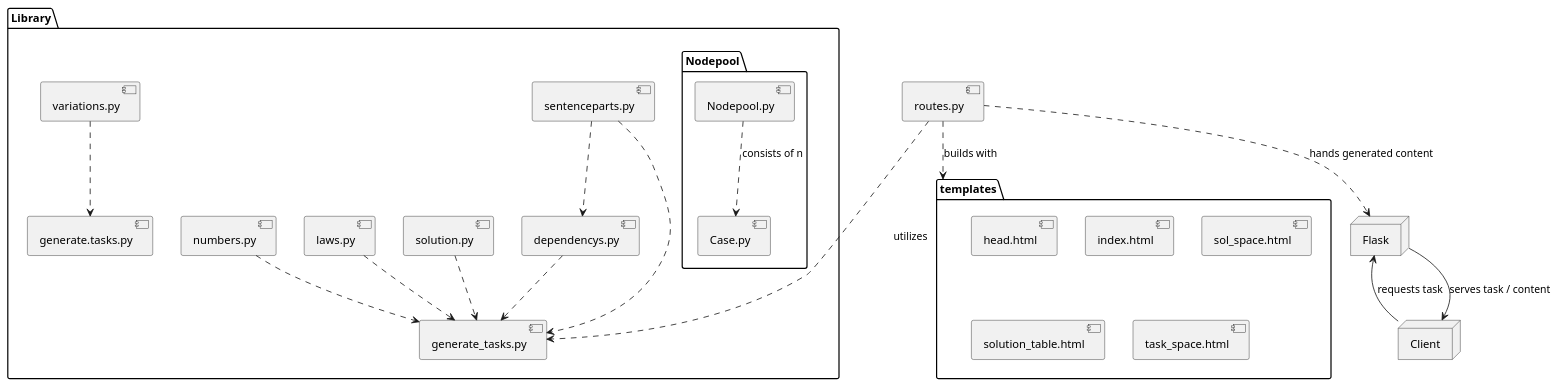
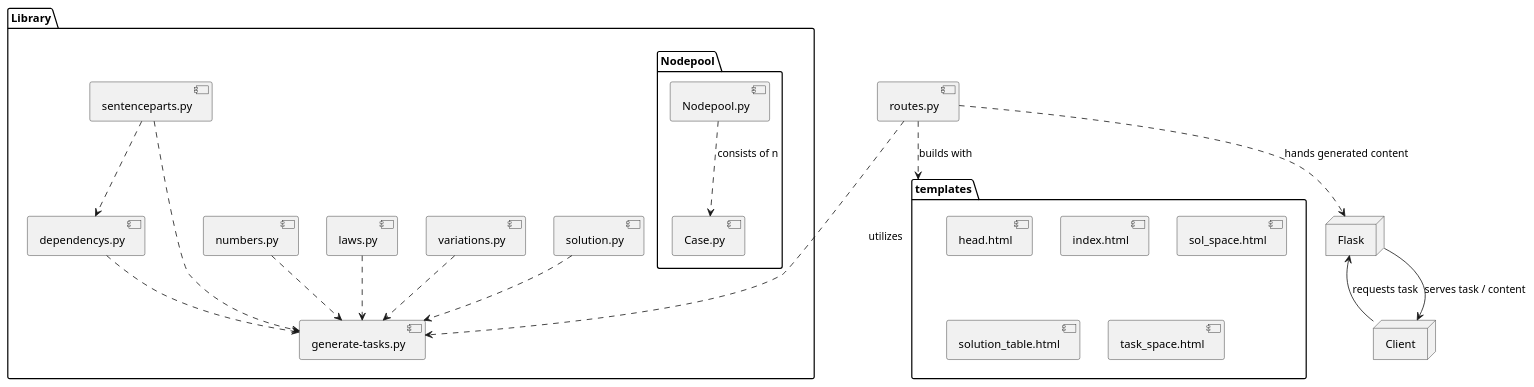
The diagram in bericht/7-Woche/components.puml (EdLaser/aladin-rdk), drawn with PlantUML before and after one commit. The commit also changed 1 other file, not shown here.

```diff
--- a/bericht/7-Woche/components.puml
+++ b/bericht/7-Woche/components.puml
@@ -1,39 +1,39 @@
 @startuml Components
 package "Library" {
   package "Nodepool" {
     [Nodepool.py] ..> [Case.py] : consists of n
   }
 
-  [dependencys.py] ..> [generate_tasks.py]
-  [laws.py] ..> [generate_tasks.py]
-  [numbers.py] ..> [generate_tasks.py]
-  [sentenceparts.py] ..> [generate_tasks.py]
+  [dependencys.py] ..> [generate-tasks.py]
+  [laws.py] ..> [generate-tasks.py]
+  [numbers.py] ..> [generate-tasks.py]
+  [sentenceparts.py] ..> [generate-tasks.py]
   [sentenceparts.py] ..> [dependencys.py]
-  [solution.py] ..> [generate_tasks.py]
-  [variations.py] ..> [generate.tasks.py]
+  [solution.py] ..> [generate-tasks.py]
+  [variations.py] ..> [generate-tasks.py]
 }
 
 package "templates" {
   [head.html]
   [index.html]
   [sol_space.html]
   [solution_table.html]
   [task_space.html]
 }
 
-[routes.py] ..> [generate_tasks.py] : utilizes
+[routes.py] ..> [generate-tasks.py] : utilizes
 [routes.py] ..> Flask : hands generated content
 [routes.py] ..> templates : builds with
 
 Library -[hidden]d-> templates
 
 node "Flask" {
-  
+
 }
 node "Client" {
 
 }
 
 Client -up-> Flask : requests task
 Flask -down-> Client : serves task / content
 @enduml
```
